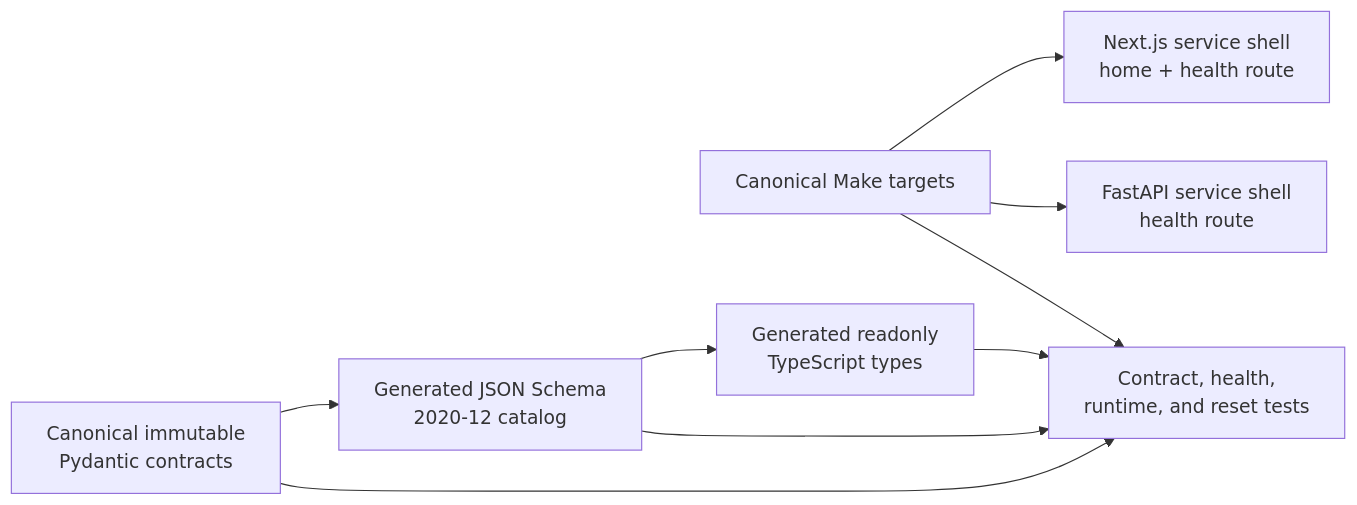
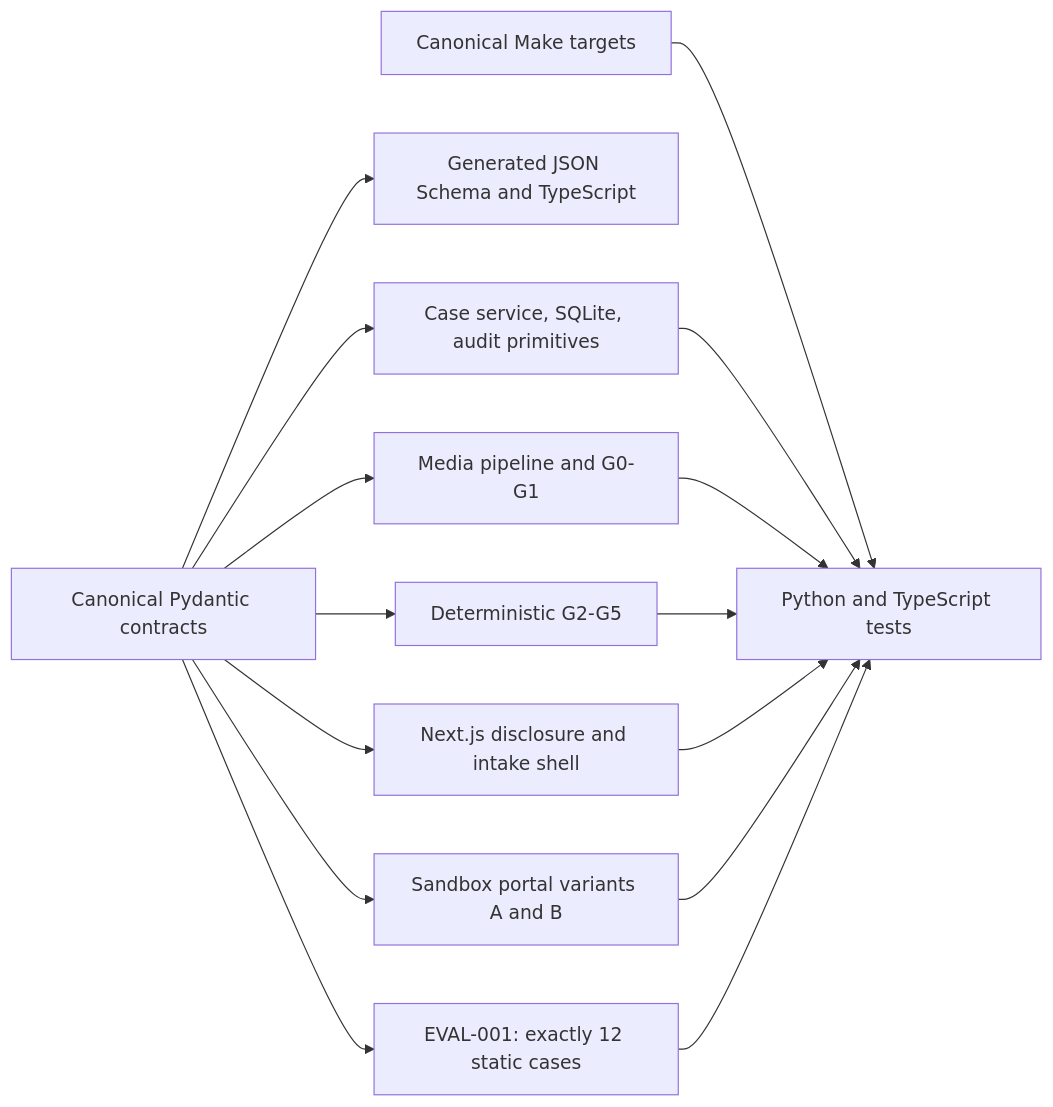
The first of 3 diagrams in docs/architecture.md (janikdotzel/claimdone), drawn with Mermaid before and after one commit. The commit also changed other lines of this file and 10 other files, not shown here.

````diff
--- a/docs/architecture.md
+++ b/docs/architecture.md
@@ -12,18 +12,28 @@
 ```mermaid
 flowchart LR
     Make["Canonical Make targets"]
-    Web["Next.js service shell<br/>home + health route"]
-    API["FastAPI service shell<br/>health route"]
-    Py["Canonical immutable<br/>Pydantic contracts"]
-    Schema["Generated JSON Schema<br/>2020-12 catalog"]
-    TS["Generated readonly<br/>TypeScript types"]
-    Tests["Contract, health,<br/>runtime, and reset tests"]
+    Contracts["Canonical Pydantic contracts"]
+    Schema["Generated JSON Schema and TypeScript"]
+    Cases["Case service, SQLite, audit primitives"]
+    Media["Media pipeline and G0-G1"]
+    Gates["Deterministic G2-G5"]
+    Product["Next.js disclosure and intake shell"]
+    Portal["Sandbox portal variants A and B"]
+    Dataset["EVAL-001: exactly 12 static cases"]
+    Tests["Python and TypeScript tests"]
 
-    Make --> Web
-    Make --> API
     Make --> Tests
-    Py --> Schema --> TS
-    Py --> Tests
-    Schema --> Tests
-    TS --> Tests
+    Contracts --> Schema
+    Contracts --> Cases
+    Contracts --> Media
+    Contracts --> Gates
+    Contracts --> Product
+    Contracts --> Portal
+    Contracts --> Dataset
+    Cases --> Tests
+    Media --> Tests
+    Gates --> Tests
+    Product --> Tests
+    Portal --> Tests
+    Dataset --> Tests
 ```
````
